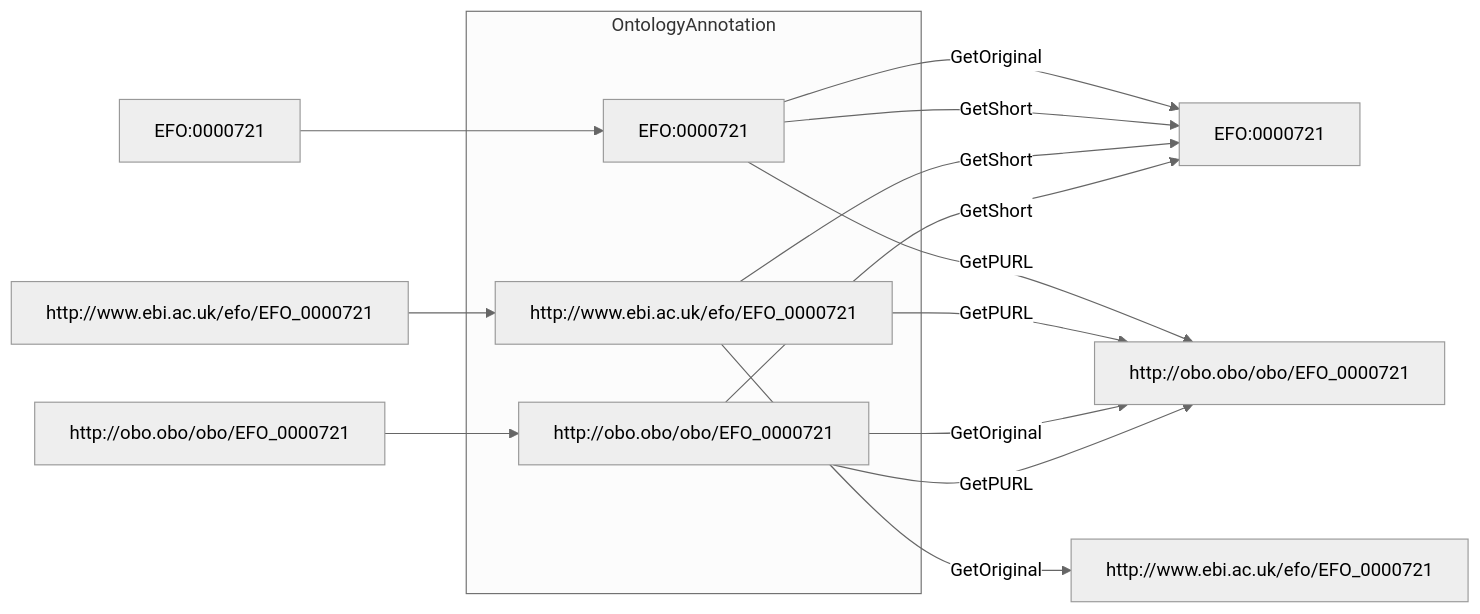
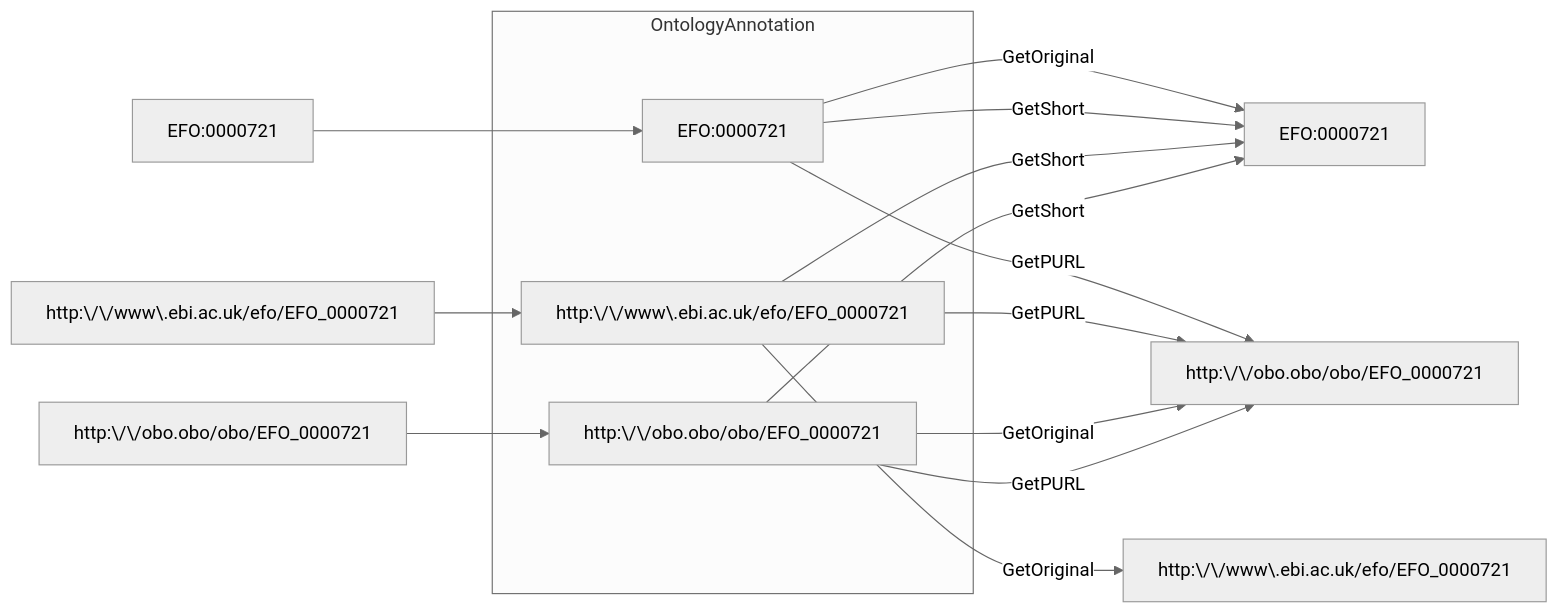
Before and after one commit to nfdi4plants/ARCtrl: the second of 7 diagrams in docs/DesignPrinciples.md, drawn with Mermaid (neutral theme).

Commit message:
Update DesignPrinciples.md
small fix of node names in ontology processing mermaid

nodes with urls were not displayed properly, escaped // and .

````diff
--- a/docs/DesignPrinciples.md
+++ b/docs/DesignPrinciples.md
@@ -104,33 +104,33 @@
 ```mermaid
 flowchart LR
-obo[http://obo.obo/obo/EFO_0000721]
+obo[http:\/\/obo.obo/obo/EFO_0000721]
 short[EFO:0000721]
-other[http://www.ebi.ac.uk/efo/EFO_0000721]
+other[http:\/\/www\.ebi.ac.uk/efo/EFO_0000721]
 
 subgraph OntologyAnnotation
-    oboO[http://obo.obo/obo/EFO_0000721]
+    oboO[http:\/\/obo.obo/obo/EFO_0000721]
     shortO[EFO:0000721]
-    otherO[http://www.ebi.ac.uk/efo/EFO_0000721]       
+    otherO[http:\/\/www\.ebi.ac.uk/efo/EFO_0000721]       
 end
 
 shortOut[EFO:0000721]
-oboOut[http://obo.obo/obo/EFO_0000721]
+oboOut[http:\/\/obo.obo/obo/EFO_0000721]
 
-otherAny[http://www.ebi.ac.uk/efo/EFO_0000721]
+otherAny[http:\/\/www\.ebi.ac.uk/efo/EFO_0000721]
 
 obo --> oboO
 short --> shortO
 other --> otherO
 
 oboO --GetShort--> shortOut
 oboO --GetPURL--> oboOut
 oboO --GetOriginal--> oboOut
 
 otherO --GetShort--> shortOut
 otherO --GetPURL--> oboOut
 otherO --GetOriginal--> otherAny
 
 shortO --GetShort--> shortOut
 shortO --GetPURL--> oboOut
 shortO --GetOriginal--> shortOut
 ```
````
